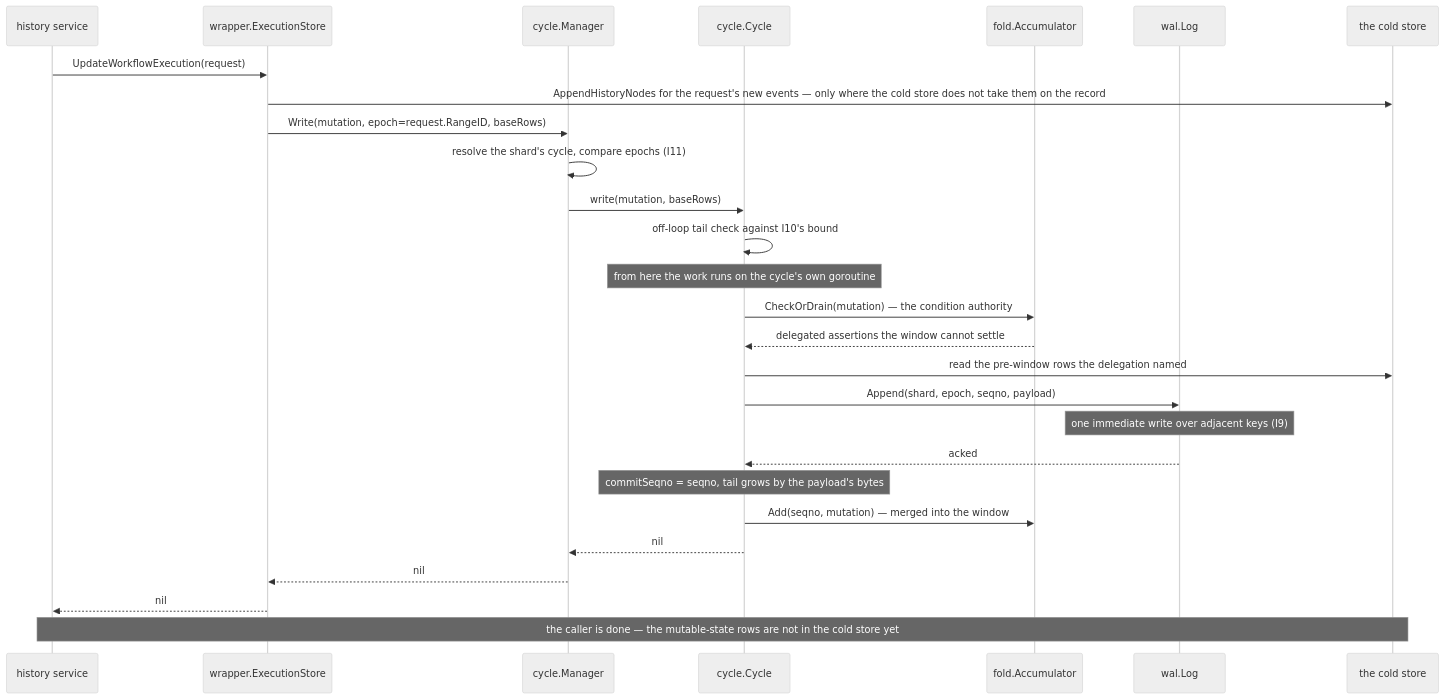
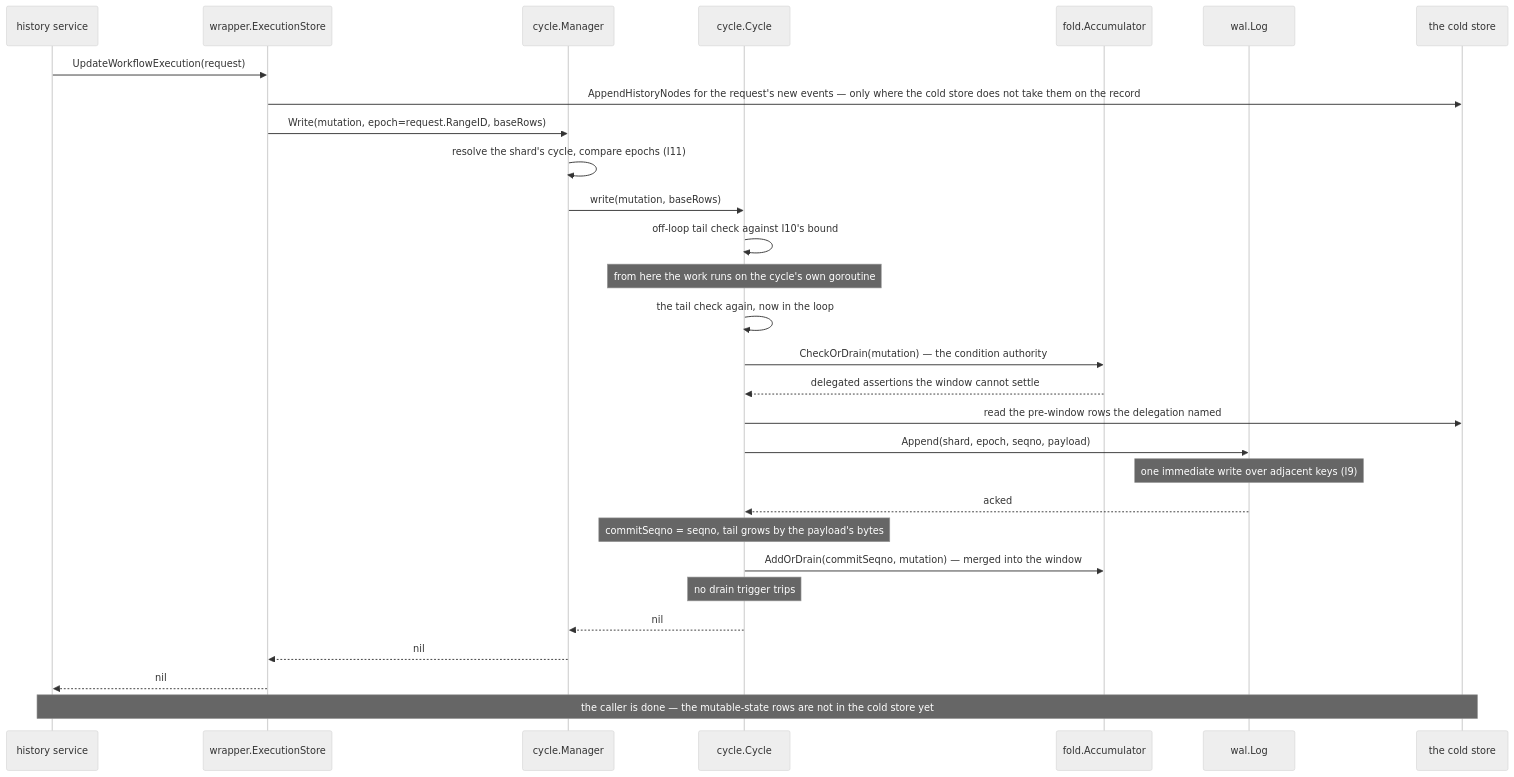
The first of 10 diagrams in docs/handbook/05-write-path.md (aromanovich/waltz), drawn with Mermaid (neutral theme) before and after one commit. The commit also changed other lines of this file and 42 other files, not shown here.

````diff
--- a/docs/handbook/05-write-path.md
+++ b/docs/handbook/05-write-path.md
@@ -70,30 +71,32 @@
 ```mermaid
 sequenceDiagram
   participant HS as history service
   participant ES as wrapper.ExecutionStore
   participant MG as cycle.Manager
   participant CY as cycle.Cycle
   participant ACC as fold.Accumulator
   participant LOG as wal.Log
   participant CS as the cold store
 
   HS->>ES: UpdateWorkflowExecution(request)
   ES->>CS: AppendHistoryNodes for the request's new events — only where the cold store does not take them on the record
   ES->>MG: Write(mutation, epoch=request.RangeID, baseRows)
   MG->>MG: resolve the shard's cycle, compare epochs (I11)
   MG->>CY: write(mutation, baseRows)
   CY->>CY: off-loop tail check against I10's bound
   Note over CY: from here the work runs on the cycle's own goroutine
+  CY->>CY: the tail check again, now in the loop
   CY->>ACC: CheckOrDrain(mutation) — the condition authority
   ACC-->>CY: delegated assertions the window cannot settle
   CY->>CS: read the pre-window rows the delegation named
   CY->>LOG: Append(shard, epoch, seqno, payload)
   Note over LOG: one immediate write over adjacent keys (I9)
   LOG-->>CY: acked
   Note over CY: commitSeqno = seqno, tail grows by the payload's bytes
-  CY->>ACC: Add(seqno, mutation) — merged into the window
+  CY->>ACC: AddOrDrain(commitSeqno, mutation) — merged into the window
+  Note over CY: no drain trigger trips
   CY-->>MG: nil
   MG-->>ES: nil
   ES-->>HS: nil
   Note over HS,CS: the caller is done — the mutable-state rows are not in the cold store yet
 ```
````
